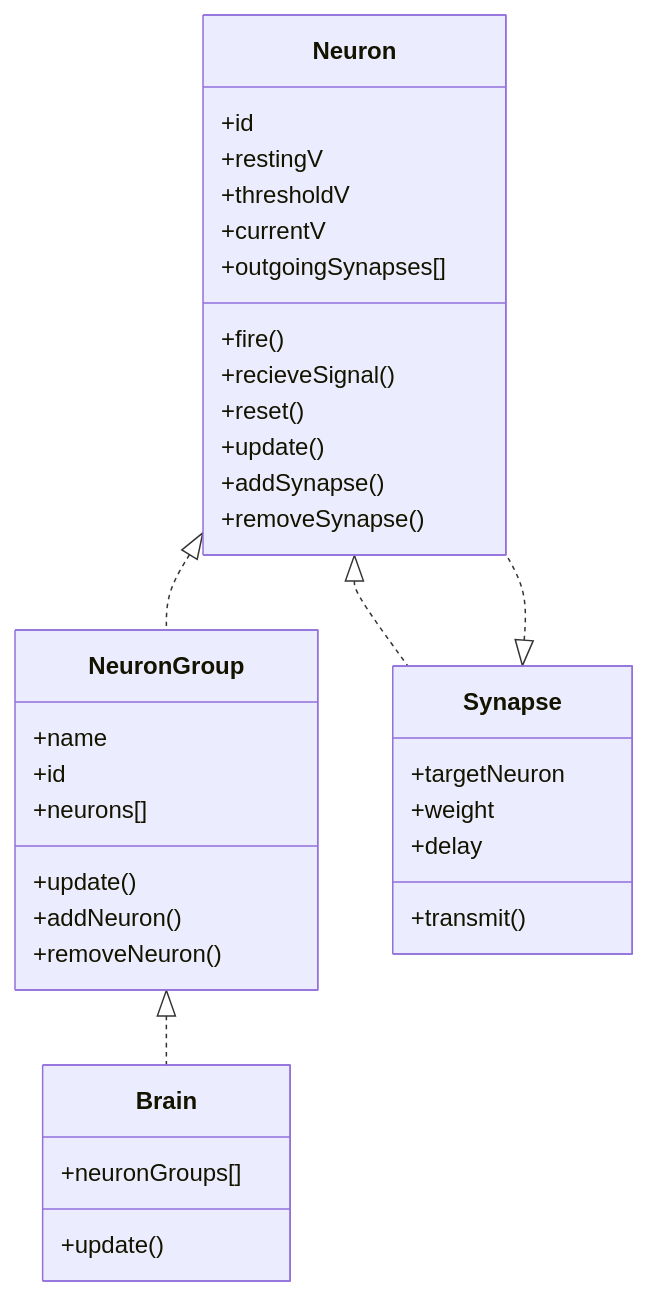
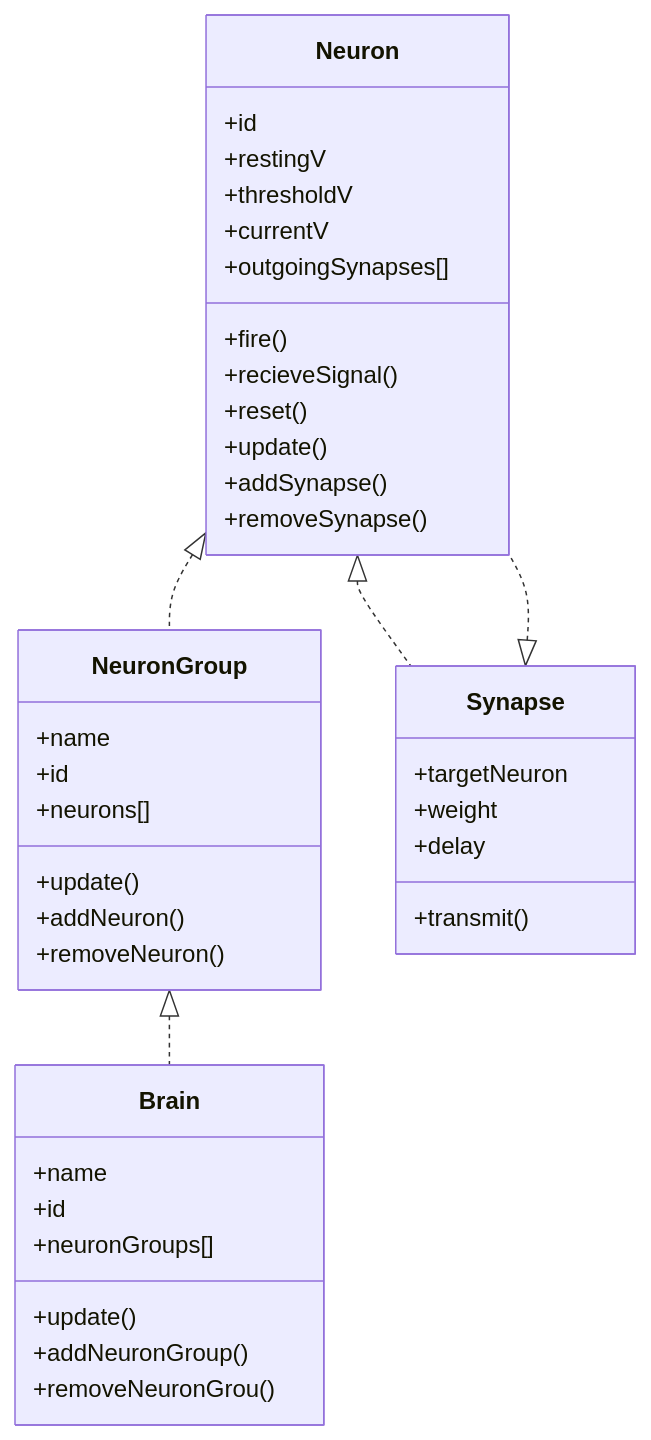
Before and after one commit to KayraParker-Nance/BrainBridge: the third of 3 diagrams in docs/02brain.md, drawn with Mermaid. The commit also changed 1 other file, not shown here.

Commit message:
Implemented brain class

````diff
--- a/docs/02brain.md
+++ b/docs/02brain.md
@@ -17,39 +17,43 @@
 ```mermaid
 classDiagram
 class Neuron{
 +id
 +restingV
 +thresholdV
 +currentV
 +outgoingSynapses[]
 +fire()
 +recieveSignal()
 +reset()
 +update()
 +addSynapse()
 +removeSynapse()
 }
 class NeuronGroup{
 +name
 +id
 +neurons[]
 +update()
 +addNeuron()
 +removeNeuron()
 }
 class Brain{
-+neuronGroups[]
-+update()
+    +name
+    +id
+    +neuronGroups[]
+    +update()
+    +addNeuronGroup()
++removeNeuronGrou()
 }
 class Synapse{
     +targetNeuron
     +weight
     +delay
     +transmit()
 }
 
 NeuronGroup <|.. Brain
 Neuron <|.. NeuronGroup
 Neuron <|.. Synapse
 Synapse <|.. Neuron
 ```
````
